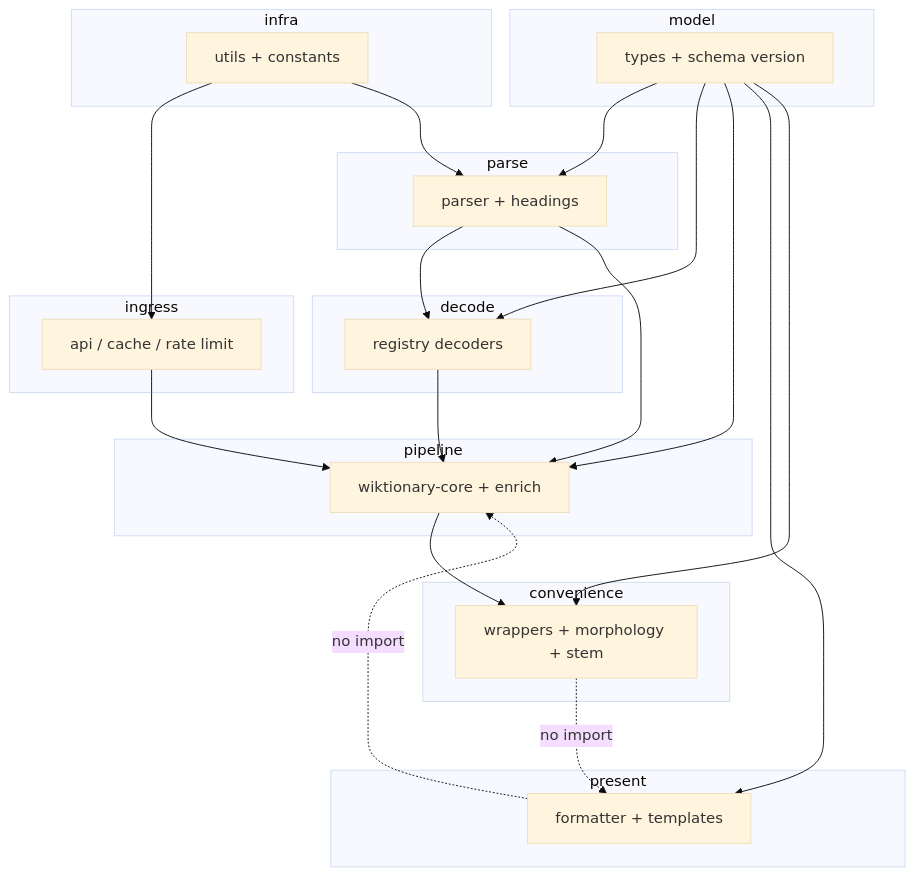
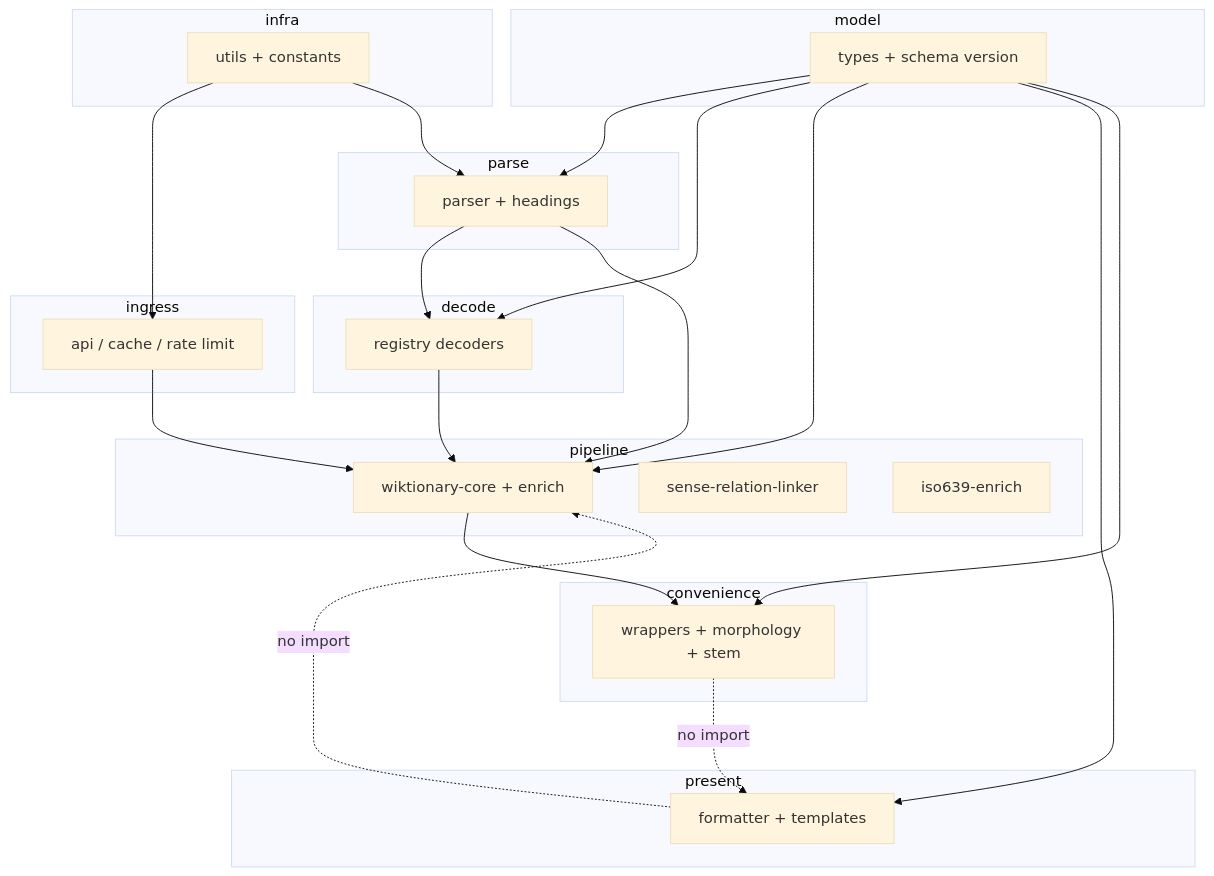
Before and after one commit to rhythmus/wiktionary-sdk: the diagram in docs/architecture-layers.md, drawn with Mermaid (base theme). The commit also changed 8 other files, not shown here.

First line of the commit message:
docs: update spec, changelog, agents, and architecture for recent work

````diff
--- a/docs/architecture-layers.md
+++ b/docs/architecture-layers.md
@@ -19,41 +19,43 @@
 ```mermaid
 flowchart TB
   subgraph ingress [ingress]
     API[api / cache / rate limit]
   end
   subgraph parse [parse]
     P[parser + headings]
   end
   subgraph decode [decode]
     R[registry decoders]
   end
   subgraph pipeline [pipeline]
     W[wiktionary-core + enrich]
+    SRL[sense-relation-linker]
+    ISO[iso639-enrich]
   end
   subgraph model [model]
     T[types + schema version]
   end
   subgraph present [present]
     F[formatter + templates]
   end
   subgraph convenience [convenience]
     L[wrappers + morphology + stem]
   end
   subgraph infra [infra]
     U[utils + constants]
   end
   API --> W
   P --> R
   P --> W
   R --> W
   T --> P
   T --> R
   T --> W
   T --> F
   T --> L
   U --> API
   U --> P
   W --> L
   F -.->|no import| W
   L -.->|no import| F
 ```
````
